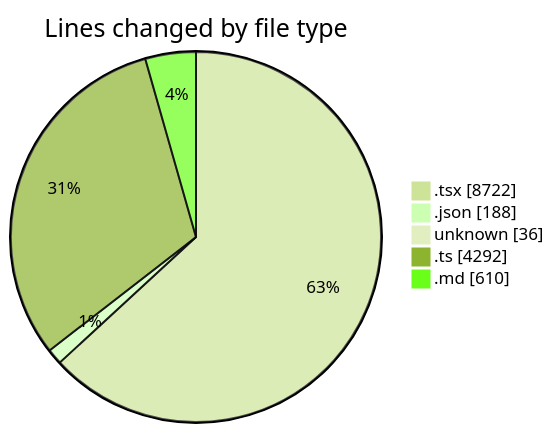
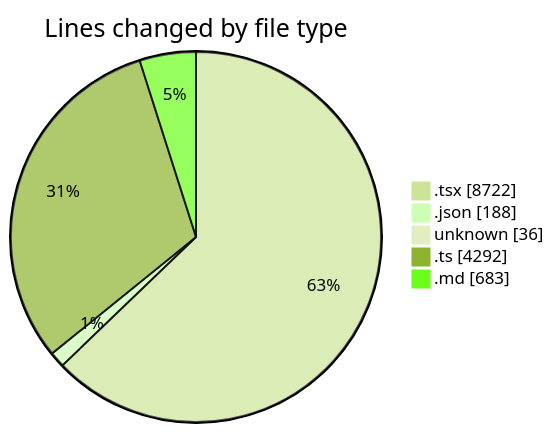
One commit to ernivani/code-tracking changed the first of 2 diagrams in 2025-01-03/tinycms/README.md. Above: the diagram before and after it, drawn with Mermaid (forest theme). The commit also changed other lines of this file and 5 other files, not shown here.

````diff
--- a/2025-01-03/tinycms/README.md
+++ b/2025-01-03/tinycms/README.md
@@ -64,9 +64,9 @@
 ```mermaid
 pie showData
 title Lines changed by file type
 ".tsx" : 8722
 ".json" : 188
 "unknown" : 36
 ".ts" : 4292
-".md" : 610
+".md" : 683
 ```
````
